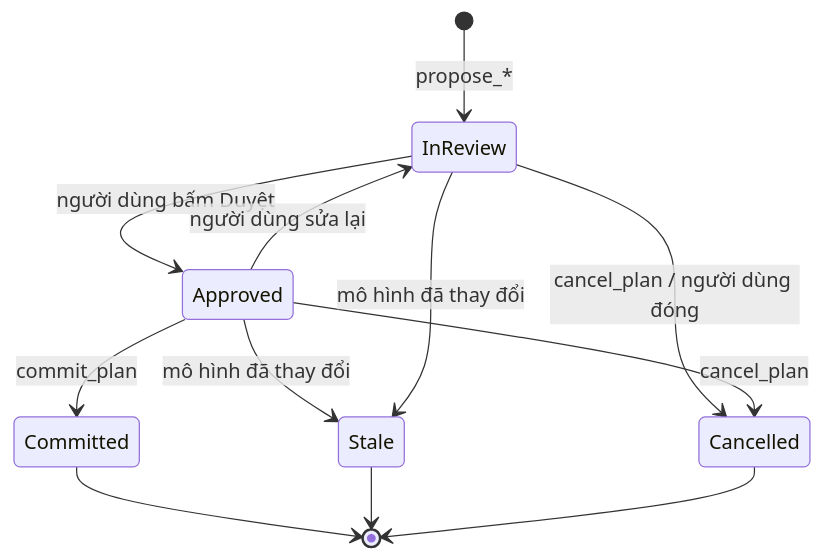
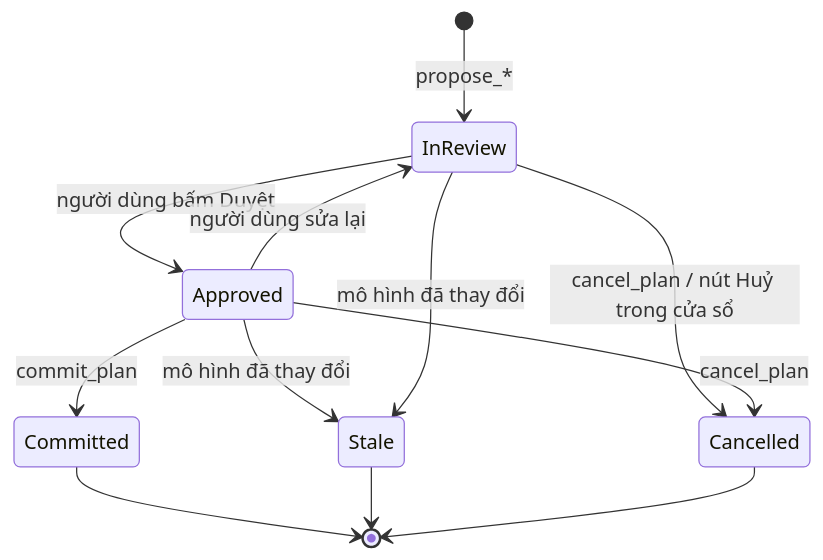
Before and after one commit to haivo088/261011_bimtech-revit-mcp: the second of 3 diagrams in docs/04-architecture.md, drawn with Mermaid. The commit also changed other lines of this file and 9 other files, not shown here.

````diff
--- a/docs/04-architecture.md
+++ b/docs/04-architecture.md
@@ -123,14 +123,14 @@
 ```mermaid
 stateDiagram-v2
     [*] --> InReview: propose_*
     InReview --> Approved: người dùng bấm Duyệt
     Approved --> InReview: người dùng sửa lại
     Approved --> Committed: commit_plan
     Approved --> Stale: mô hình đã thay đổi
     InReview --> Stale: mô hình đã thay đổi
-    InReview --> Cancelled: cancel_plan / người dùng đóng
+    InReview --> Cancelled: cancel_plan / nút Huỷ trong cửa sổ
     Approved --> Cancelled: cancel_plan
     Committed --> [*]
     Stale --> [*]
     Cancelled --> [*]
 ```
````
